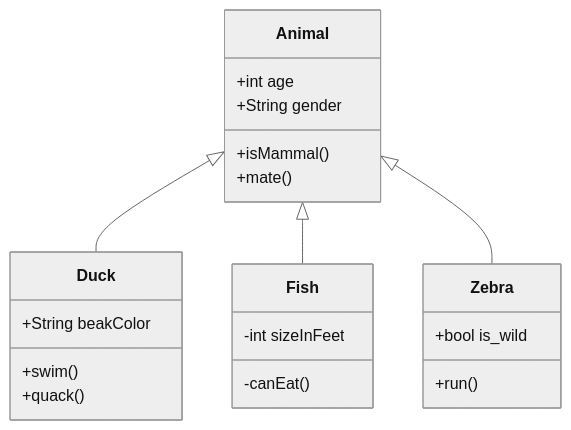
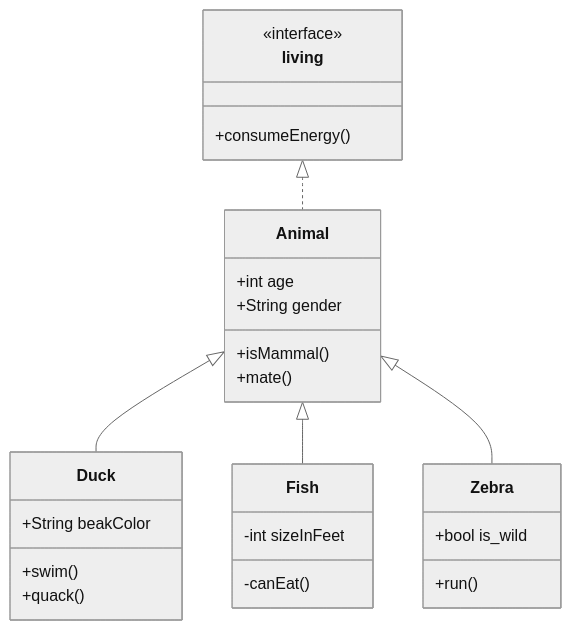
One commit to zero9230/sanguozhi11 changed the tenth of 15 diagrams in PersonalDoc/学习整理/基础&通用工具/typora.md. Above: the diagram before and after it, drawn with Mermaid (neutral theme). The commit also changed other lines of this file and 6 other files, not shown here.

````diff
--- a/PersonalDoc/学习整理/基础&通用工具/typora.md
+++ b/PersonalDoc/学习整理/基础&通用工具/typora.md
@@ -431,23 +431,28 @@
 ```mermaid
 classDiagram
 	Animal<|--Duck
 	Animal<|--Fish
-	Animal<|--Zebra
+  Animal<|--Zebra
+  living<|..Animal
 	Animal:	+int age
 	Animal: +String gender
 	Animal: +isMammal()
 	Animal: +mate()
+	class living{
+  	<<interface>>
+		+consumeEnergy()
+	}
 	class Duck{
 		+String beakColor
 		+swim()
 		+quack()
 	}
 	class Fish{
 		-int sizeInFeet
 		-canEat()
 	}
 	class Zebra{
 		+bool is_wild
 		+run()
 	}
 ```
````
